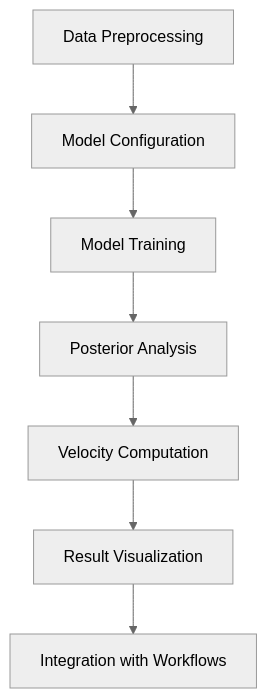
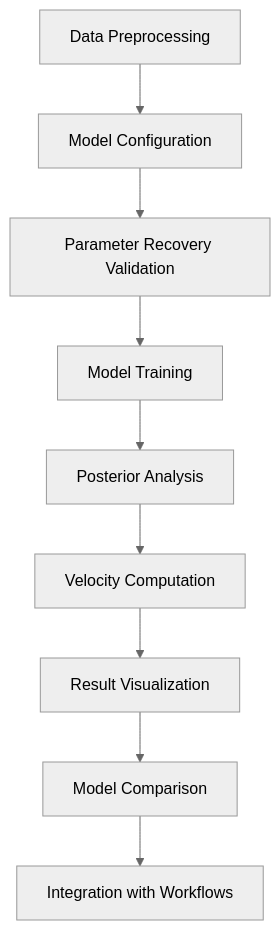
Before and after one commit to pinellolab/pyrovelocity: the second of 4 diagrams in nbs/development/requirements.qmd, drawn with Mermaid (neutral theme). The commit also changed other lines of this file and 3 other files, not shown here.

Commit message:
docs(development): update parameter recovery validation requirements

````diff
--- a/nbs/development/requirements.qmd
+++ b/nbs/development/requirements.qmd
@@ -112,11 +116,13 @@
 ```{mermaid}
 graph TD
     A[Data Preprocessing] --> B[Model Configuration]
-    B --> C[Model Training]
+    B --> V[Parameter Recovery Validation]
+    V --> C[Model Training]
     C --> D[Posterior Analysis]
     D --> E[Velocity Computation]
     E --> F[Result Visualization]
-    F --> G[Integration with Workflows]
+    F --> M[Model Comparison]
+    M --> G[Integration with Workflows]
 
-    class A,B,C,D,E,F,G scenario;
+    class A,B,V,C,D,E,F,M,G scenario;
 ```
````
